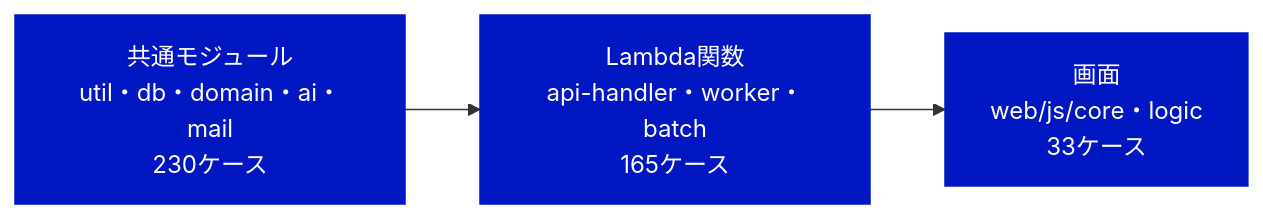
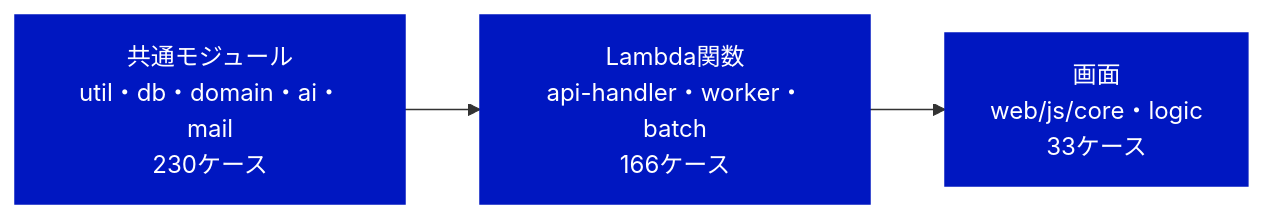
One commit to pocarialice/rpglearning changed the first of 3 diagrams in documents/モジュールテスト結果報告書_RPG学習アプリ.md. Above: the diagram before and after it, drawn with Mermaid. The commit also changed other lines of this file and 2 other files, not shown here.

````diff
--- a/documents/モジュールテスト結果報告書_RPG学習アプリ.md
+++ b/documents/モジュールテスト結果報告書_RPG学習アプリ.md
@@ -23,7 +23,7 @@
 ```mermaid
 flowchart LR
-  A["共通モジュール<br>util・db・domain・ai・mail<br>230ケース"]:::done --> B["Lambda関数<br>api-handler・worker・batch<br>165ケース"]:::done
+  A["共通モジュール<br>util・db・domain・ai・mail<br>230ケース"]:::done --> B["Lambda関数<br>api-handler・worker・batch<br>166ケース"]:::done
   B --> C["画面<br>web/js/core・logic<br>33ケース"]:::done
   classDef done fill:#0017C1,color:#fff,stroke:#0017C1
   classDef todo fill:#fff,color:#414141,stroke:#B4B4B4,stroke-dasharray:4 3
 ```
````
